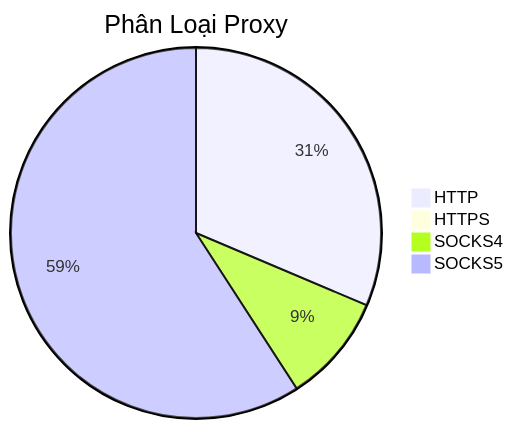
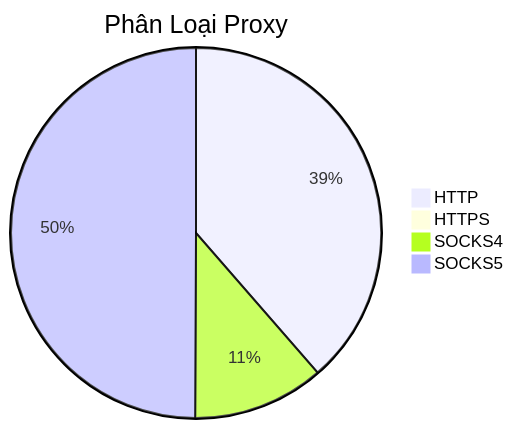
Before and after one commit to Ciara-12/PROXY-free: the diagram in README.md, drawn with Mermaid. The commit also changed other lines of this file and 3 other files, not shown here.

````diff
--- a/README.md
+++ b/README.md
@@ -26,7 +26,7 @@
 ```mermaid
 pie title Phân Loại Proxy
-    "HTTP" : 1330
+    "HTTP" : 831
     "HTTPS" : 0
-    "SOCKS4" : 402
-    "SOCKS5" : 2507
+    "SOCKS4" : 247
+    "SOCKS5" : 1075
 ```
````
